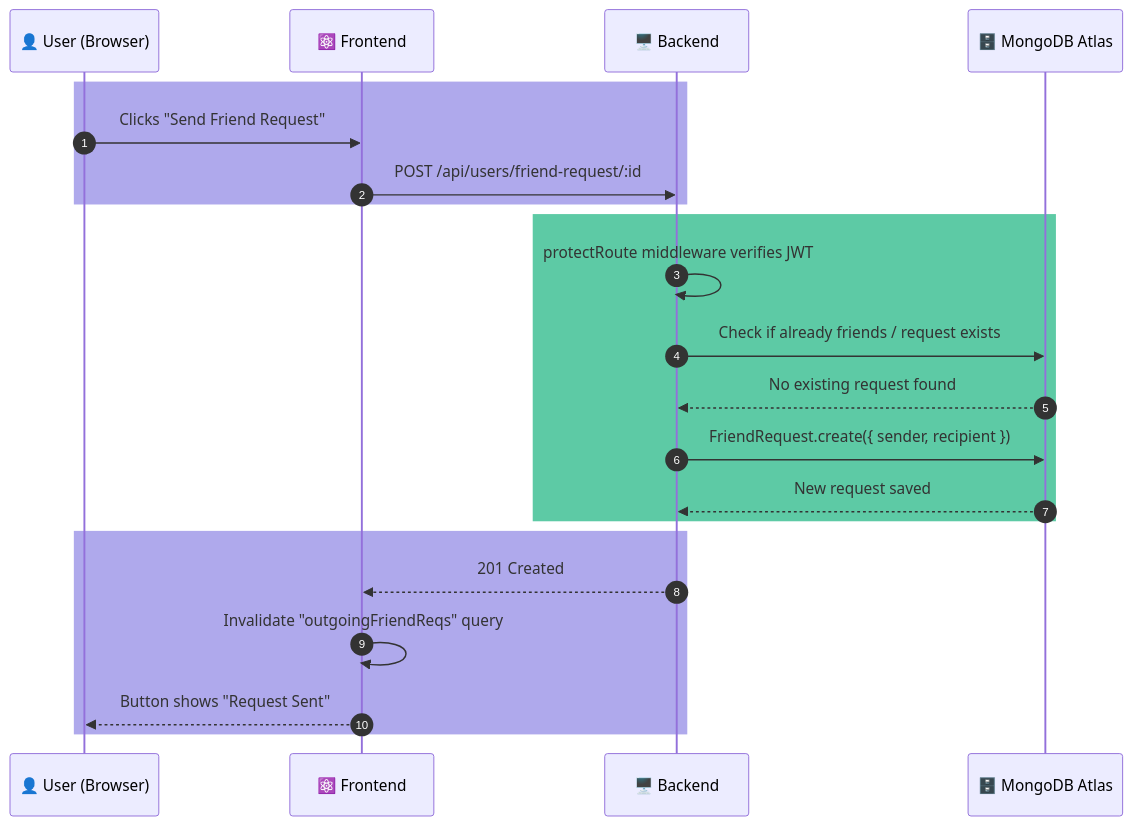
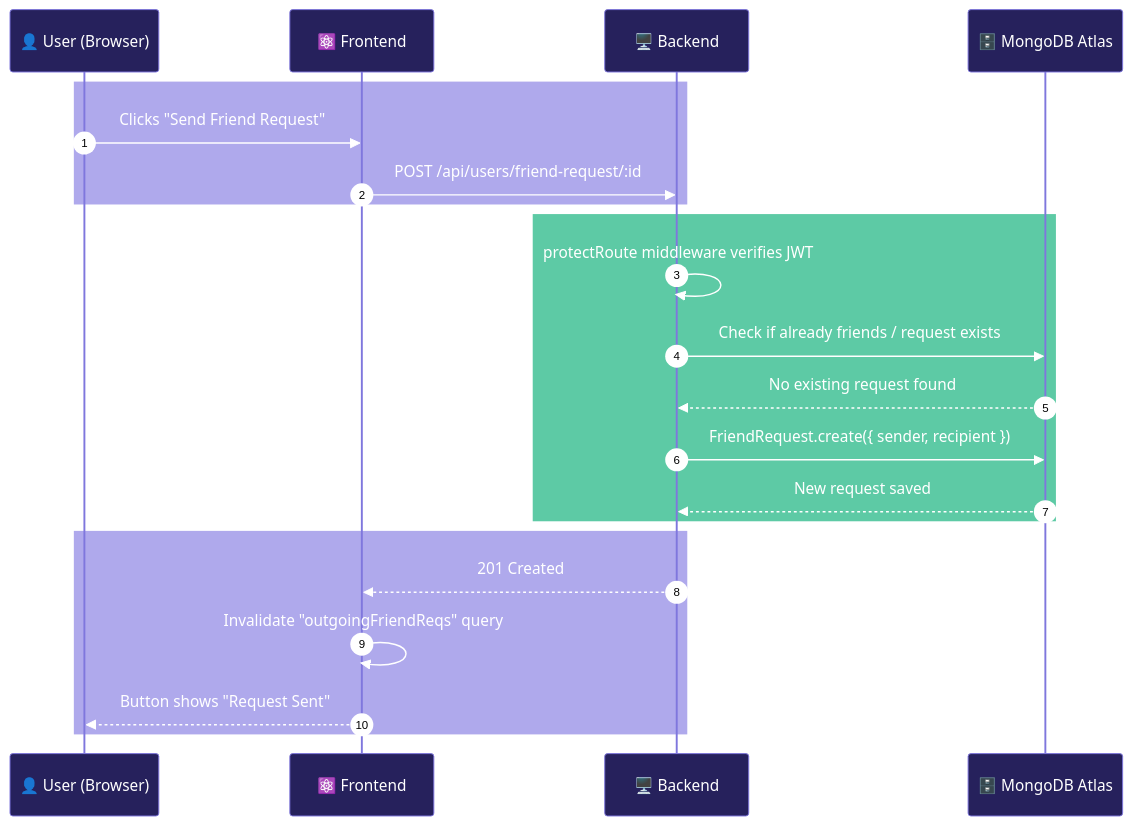
One commit to aasthabajpai010/BhashaShikho changed the fourth of 5 diagrams in ARCHITECTURE.md. Above: the diagram before and after it, drawn with Mermaid. The commit also changed other lines of this file, not shown here.

Commit message:
Add database schema ERD to architecture doc

````diff
--- a/ARCHITECTURE.md
+++ b/ARCHITECTURE.md
@@ -145,25 +161,41 @@
 ```mermaid
+%%{init: {'theme': 'base', 'themeVariables': {
+  'actorBkg': '#26215C',
+  'actorTextColor': '#FFFFFF',
+  'actorBorder': '#7F77DD',
+  'actorLineColor': '#7F77DD',
+  'signalColor': '#FFFFFF',
+  'signalTextColor': '#FFFFFF',
+  'labelBoxBkgColor': '#26215C',
+  'labelBoxBorderColor': '#7F77DD',
+  'labelTextColor': '#FFFFFF',
+  'loopTextColor': '#FFFFFF',
+  'noteBkgColor': '#412402',
+  'noteTextColor': '#FFFFFF',
+  'noteBorderColor': '#FAC775',
+  'sequenceNumberColor': '#000000'
+}}}%%
 sequenceDiagram
     autonumber
     participant U as 👤 User (Browser)
     participant F as ⚛️ Frontend
     participant B as 🖥️ Backend
     participant M as 🗄️ MongoDB Atlas
 
     rect rgb(175, 169, 236)
     U->>F: Clicks "Send Friend Request"
     F->>B: POST /api/users/friend-request/:id
     end
     rect rgb(93, 202, 165)
     B->>B: protectRoute middleware verifies JWT
     B->>M: Check if already friends / request exists
     M-->>B: No existing request found
     B->>M: FriendRequest.create({ sender, recipient })
     M-->>B: New request saved
     end
     rect rgb(175, 169, 236)
     B-->>F: 201 Created
     F->>F: Invalidate "outgoingFriendReqs" query
     F-->>U: Button shows "Request Sent"
     end
 ```
````
